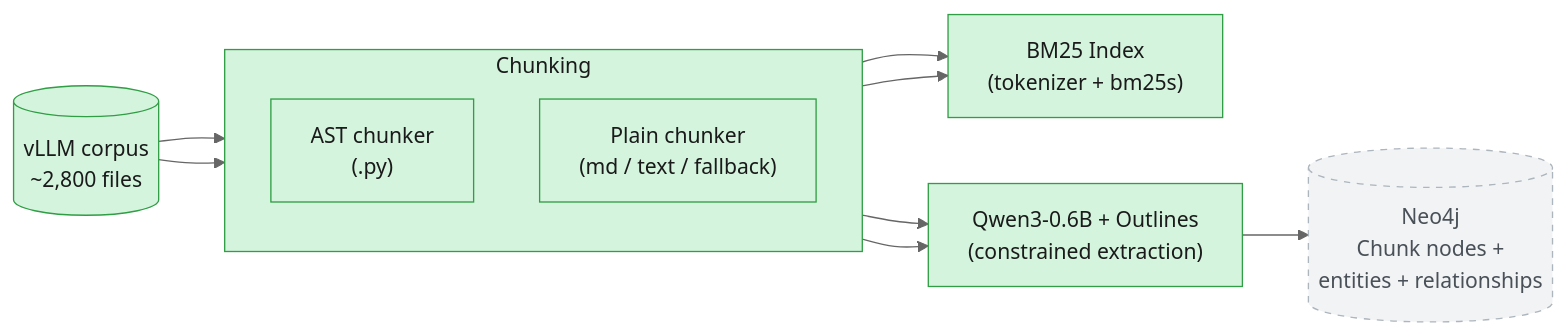
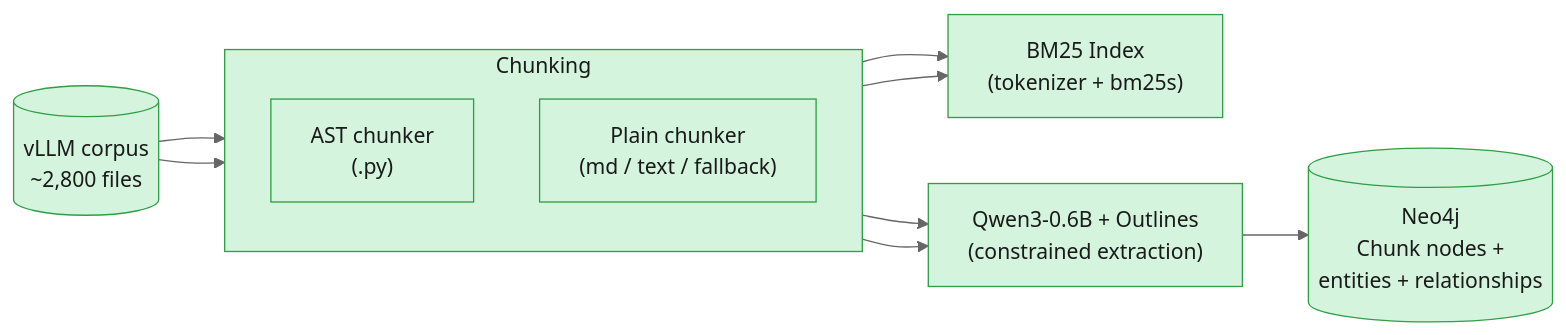
One commit to DimYiannis/Constrained-GraphRag changed the first of 2 diagrams in README.md. Above: the diagram before and after it, drawn with Mermaid (neutral theme). The commit also changed other lines of this file, not shown here.

````diff
--- a/README.md
+++ b/README.md
@@ -48,28 +48,27 @@
 ```mermaid
 flowchart LR
     corpus[("vLLM corpus<br/>~2,800 files")]
 
     subgraph chunking["Chunking"]
         direction TB
         ast["AST chunker<br/>(.py)"]
         plain["Plain chunker<br/>(md / text / fallback)"]
     end
 
     bm25["BM25 Index<br/>(tokenizer + bm25s)"]
     qwen["Qwen3-0.6B + Outlines<br/>(constrained extraction)"]
     neodb[("Neo4j<br/>Chunk nodes +<br/>entities + relationships")]
 
     corpus --> ast
     corpus --> plain
     ast --> bm25
     plain --> bm25
     ast --> qwen
     plain --> qwen
     qwen --> neodb
 
     classDef done fill:#d4f4dd,stroke:#2f9e44,color:#1a1a1a;
     classDef planned fill:#f1f3f5,stroke:#adb5bd,color:#495057,stroke-dasharray: 5 5;
 
-    class corpus,chunking,ast,plain,bm25,qwen done;
-    class neodb planned;
+    class corpus,chunking,ast,plain,bm25,qwen,neodb done;
 ```
````
